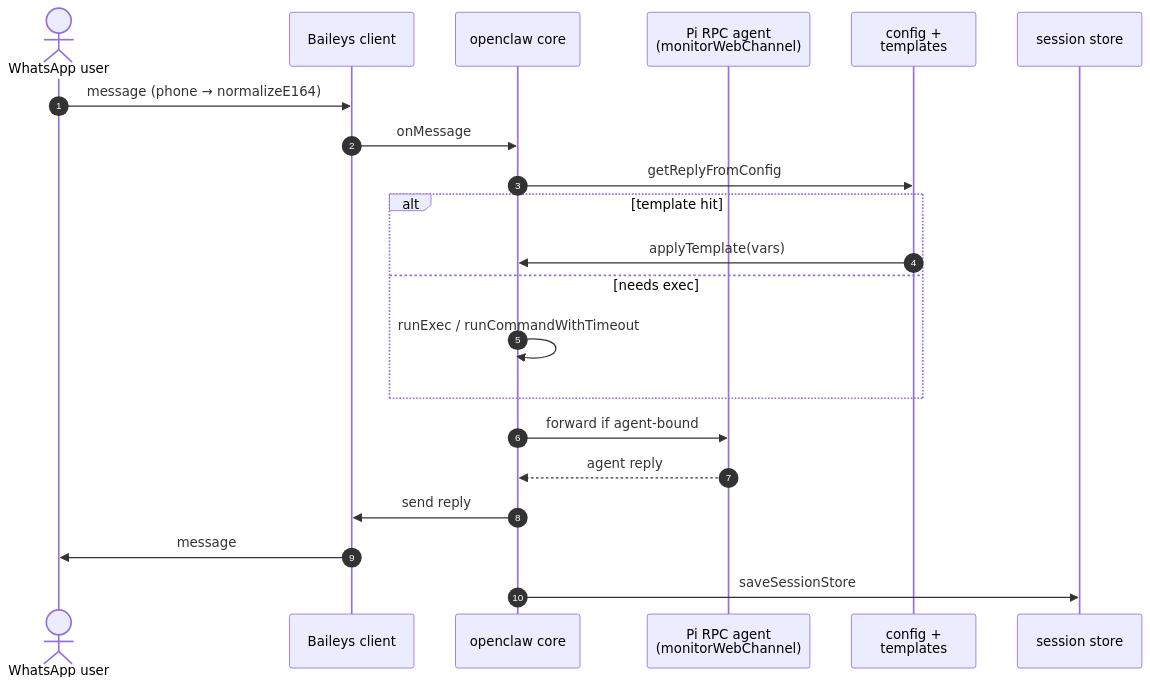
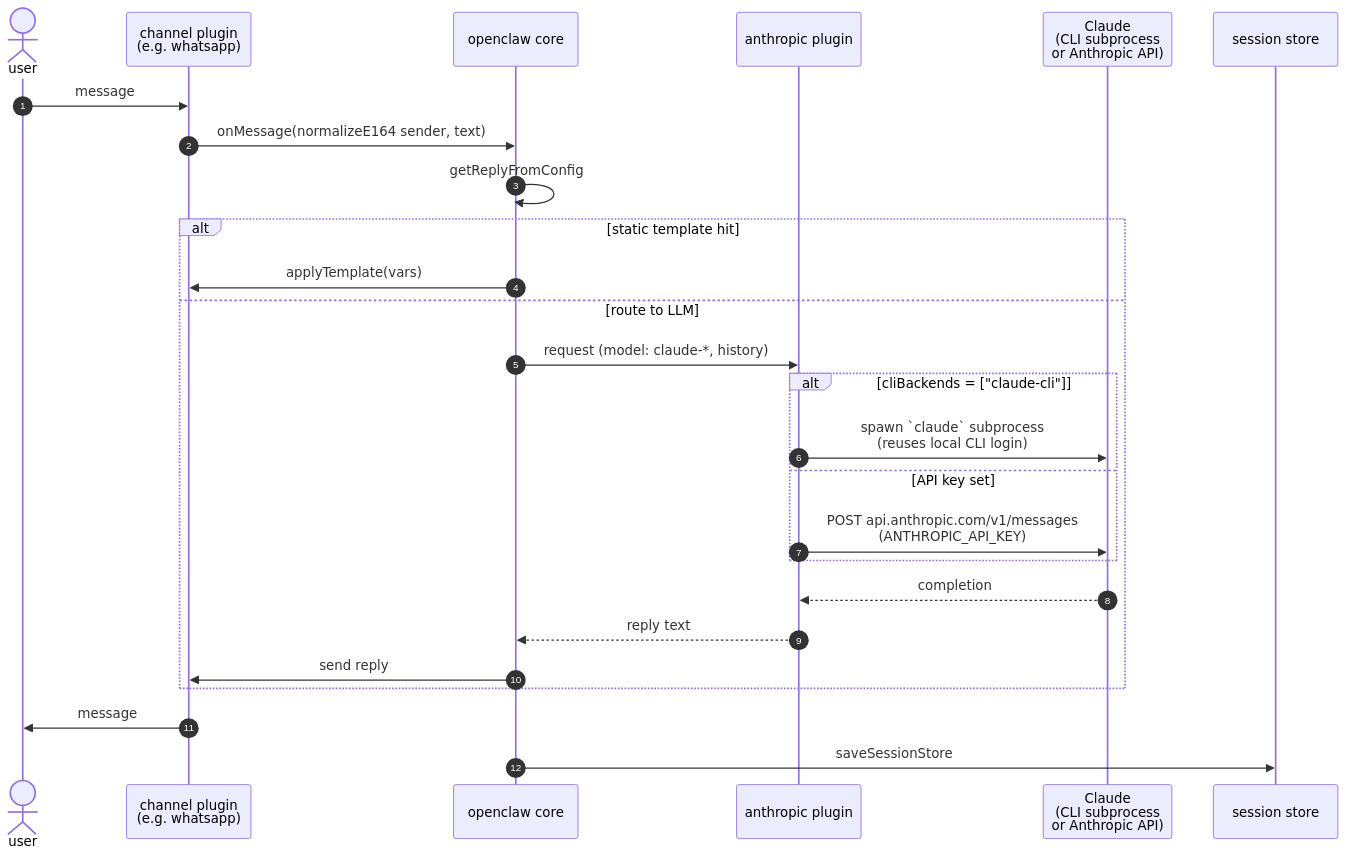
The third of 5 diagrams in docs/workflow.md (Mhulick86/mpaios), drawn with Mermaid before and after one commit. The commit also changed other lines of this file, not shown here.

First line of the commit message:
Correct workflow diagram to show Claude's role

````diff
--- a/docs/workflow.md
+++ b/docs/workflow.md
@@ -32,24 +67,29 @@
 ```mermaid
 sequenceDiagram
     autonumber
-    actor User as WhatsApp user
-    participant WA as Baileys client
+    actor User as user
+    participant Ch as channel plugin<br/>(e.g. whatsapp)
     participant Core as openclaw core
-    participant RPC as Pi RPC agent<br/>(monitorWebChannel)
-    participant Cfg as config +<br/>templates
+    participant Prov as anthropic plugin
+    participant Claude as Claude<br/>(CLI subprocess<br/>or Anthropic API)
     participant Store as session store
 
-    User->>WA: message (phone → normalizeE164)
-    WA->>Core: onMessage
-    Core->>Cfg: getReplyFromConfig
-    alt template hit
-        Cfg->>Core: applyTemplate(vars)
-    else needs exec
-        Core->>Core: runExec / runCommandWithTimeout
+    User->>Ch: message
+    Ch->>Core: onMessage(normalizeE164 sender, text)
+    Core->>Core: getReplyFromConfig
+    alt static template hit
+        Core->>Ch: applyTemplate(vars)
+    else route to LLM
+        Core->>Prov: request (model: claude-*, history)
+        alt cliBackends = ["claude-cli"]
+            Prov->>Claude: spawn `claude` subprocess<br/>(reuses local CLI login)
+        else API key set
+            Prov->>Claude: POST api.anthropic.com/v1/messages<br/>(ANTHROPIC_API_KEY)
+        end
+        Claude-->>Prov: completion
+        Prov-->>Core: reply text
+        Core->>Ch: send reply
     end
-    Core->>RPC: forward if agent-bound
-    RPC-->>Core: agent reply
-    Core->>WA: send reply
-    WA->>User: message
+    Ch->>User: message
     Core->>Store: saveSessionStore
 ```
````
